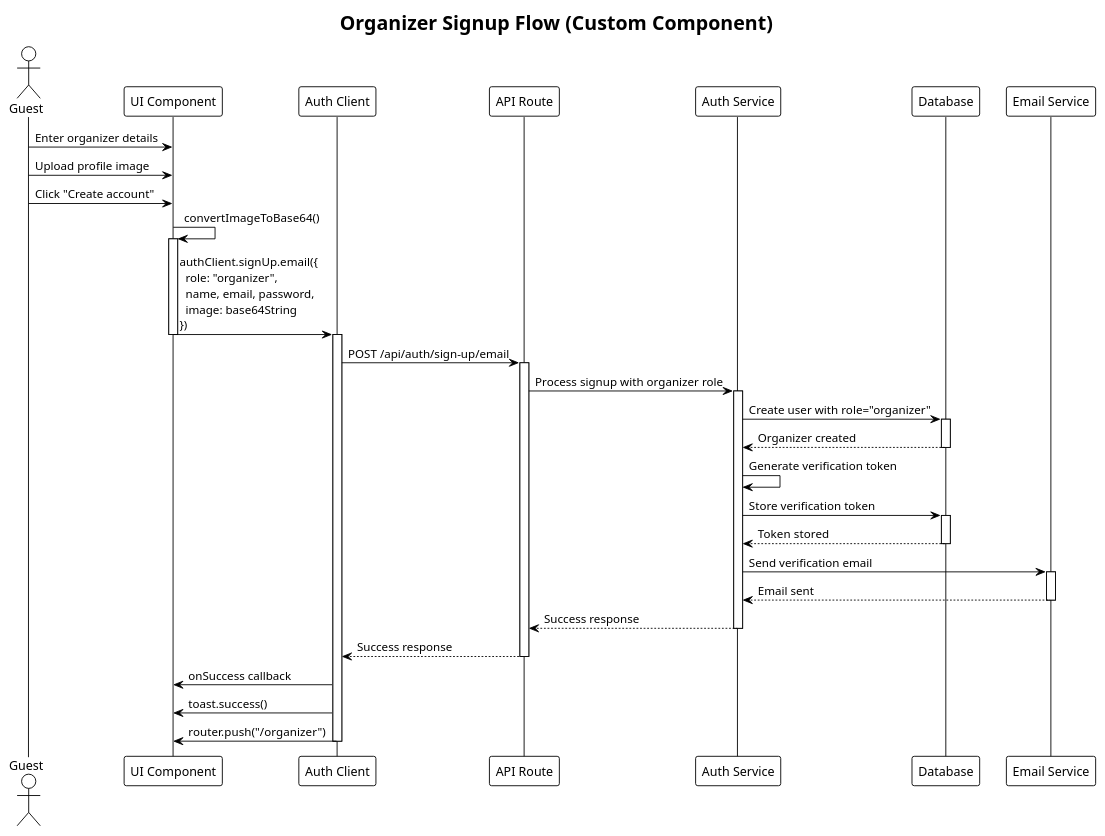
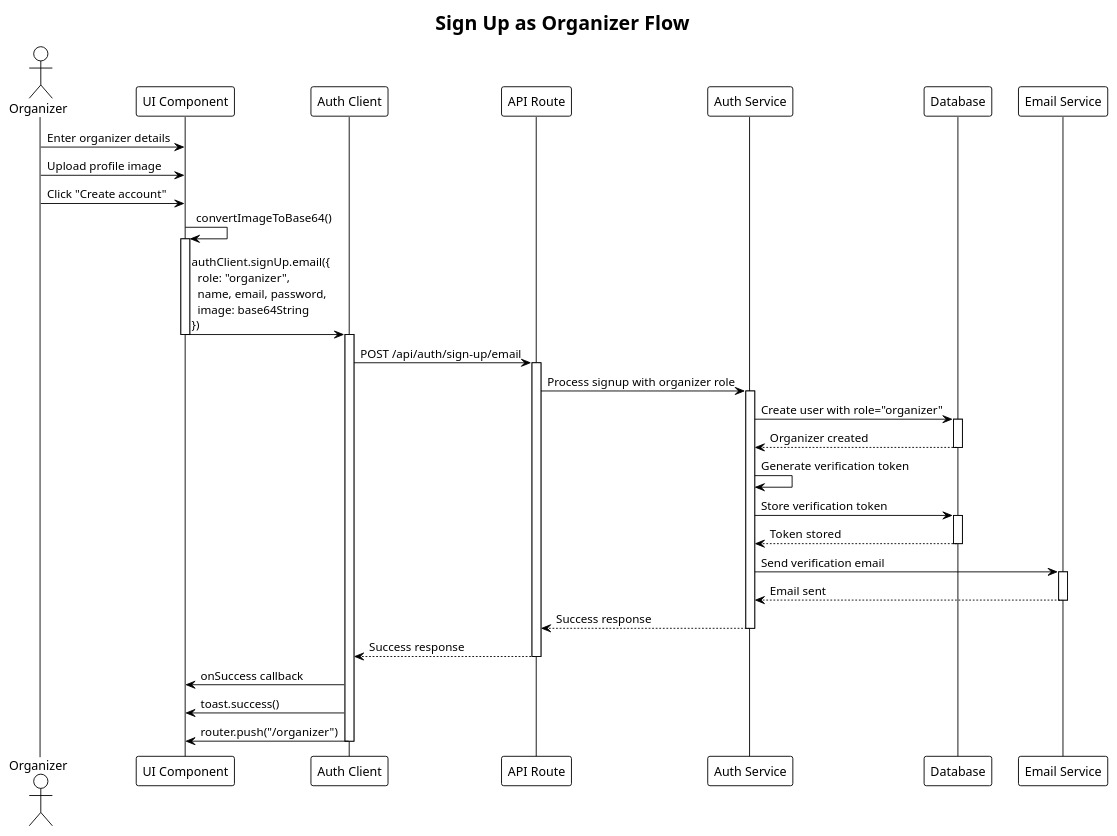
One commit to VieTicket/vieticket-monorepo changed the fourth of 8 diagrams in puml/auth.puml. Above: the diagram before and after it, drawn with PlantUML. The commit also changed other lines of this file and 183 other files, not shown here.

```diff
--- a/puml/auth.puml
+++ b/puml/auth.puml
@@ -196,57 +196,57 @@
 @startuml organizer-signup
 !theme plain
-title Organizer Signup Flow (Custom Component)
+title Sign Up as Organizer Flow
 
-actor Guest
+actor Organizer
 participant "UI Component" as UI
 participant "Auth Client" as Client
 participant "API Route" as API
 participant "Auth Service" as Auth
 participant "Database" as DB
 participant "Email Service" as Email
 
-Guest -> UI: Enter organizer details
-Guest -> UI: Upload profile image
-Guest -> UI: Click "Create account"
+Organizer -> UI: Enter organizer details
+Organizer -> UI: Upload profile image
+Organizer -> UI: Click "Create account"
 
 UI -> UI: convertImageToBase64()
 activate UI
 
 UI -> Client: authClient.signUp.email({\n  role: "organizer",\n  name, email, password,\n  image: base64String\n})
 deactivate UI
 activate Client
 
 Client -> API: POST /api/auth/sign-up/email
 activate API
 
 API -> Auth: Process signup with organizer role
 activate Auth
 
 Auth -> DB: Create user with role="organizer"
 activate DB
 DB --> Auth: Organizer created
 deactivate DB
 
 Auth -> Auth: Generate verification token
 Auth -> DB: Store verification token
 activate DB
 DB --> Auth: Token stored
 deactivate DB
 
 Auth -> Email: Send verification email
 activate Email
 Email --> Auth: Email sent
 deactivate Email
 
 Auth --> API: Success response
 deactivate Auth
 
 API --> Client: Success response
 deactivate API
 
 Client -> UI: onSuccess callback
 Client -> UI: toast.success()
 Client -> UI: router.push("/organizer")
 deactivate Client
 
 @enduml
```
